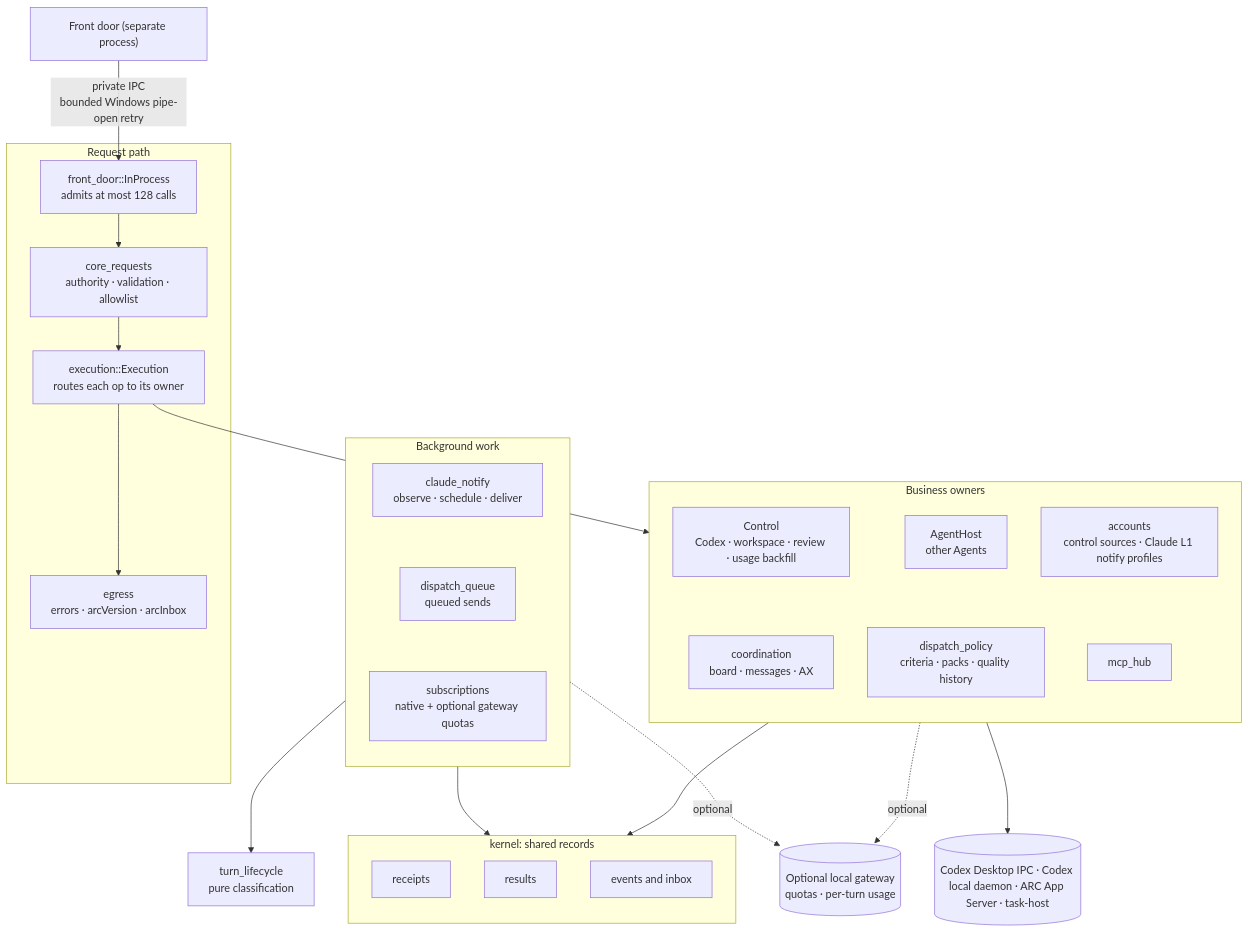
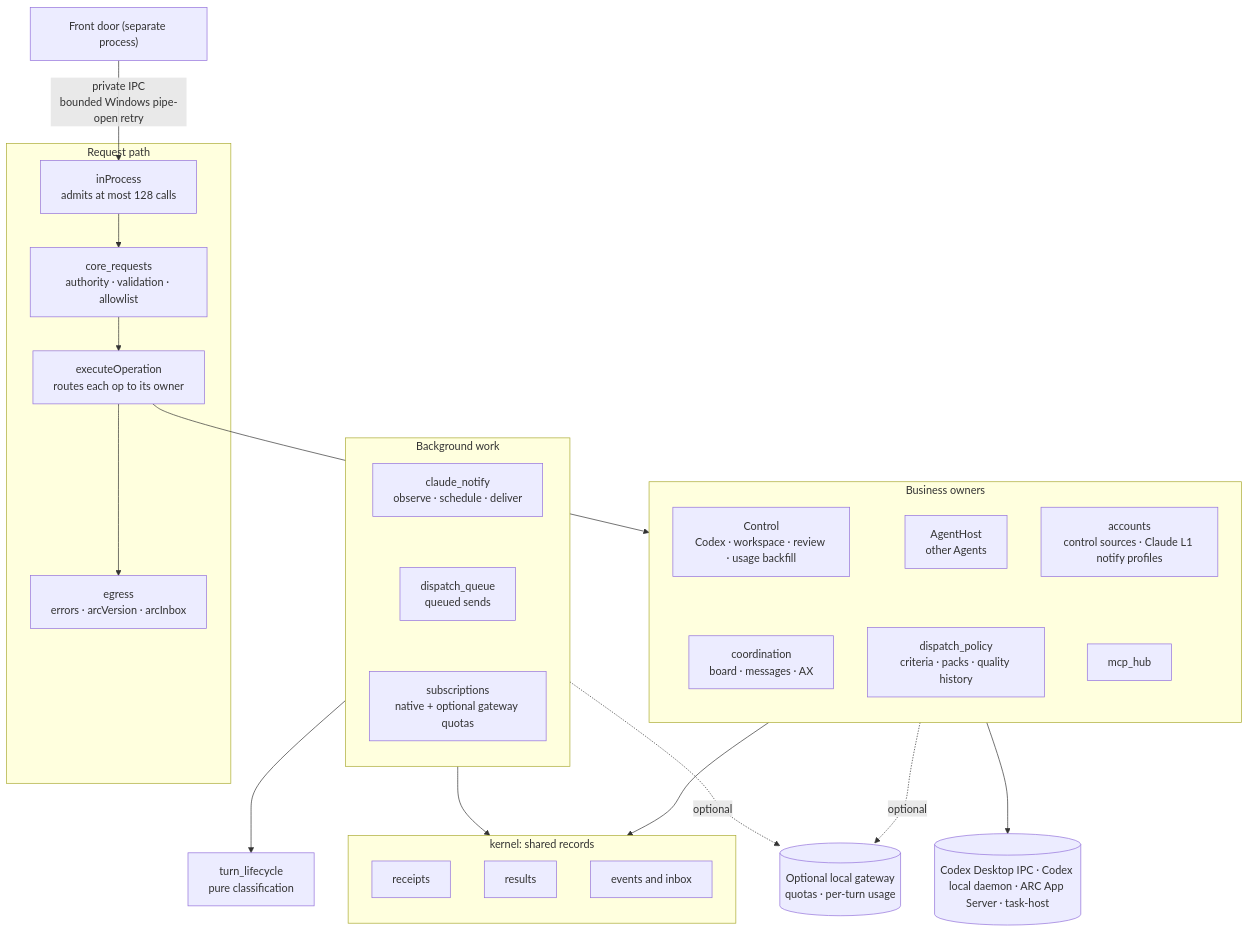
One commit to whzxc/agent-remote-control changed the diagram in arch/components/core.mmd. Above: the diagram before and after it, drawn with Mermaid. The commit also changed 348 other files, not shown here.

```diff
--- a/arch/components/core.mmd
+++ b/arch/components/core.mmd
@@ -1,51 +1,51 @@
 %% Core internals (layer 1): request path, business owners, background work and shared records.
 %% Index and code mapping: docs/dev/arch-assets.md
 flowchart TB
   fdq["Front door (separate process)"]
   subgraph PATH["Request path"]
-    inproc["front_door::InProcess<br/>admits at most 128 calls"]
+    inproc["inProcess<br/>admits at most 128 calls"]
     admit["core_requests<br/>authority · validation · allowlist"]
-    exec["execution::Execution<br/>routes each op to its owner"]
+    exec["executeOperation<br/>routes each op to its owner"]
     egress["egress<br/>errors · arcVersion · arcInbox"]
     inproc --> admit
     admit --> exec
     exec --> egress
   end
   subgraph OWNERS["Business owners"]
     direction TB
     control["Control<br/>Codex · workspace · review · usage backfill"]
     agenthost["AgentHost<br/>other Agents"]
     accounts["accounts<br/>control sources · Claude L1 notify profiles"]
     coord["coordination<br/>board · messages · AX"]
     policy["dispatch_policy<br/>criteria · packs · quality history"]
     hub["mcp_hub"]
     control ~~~ coord
     agenthost ~~~ policy
     accounts ~~~ hub
   end
   subgraph BG["Background work"]
     direction TB
     notify["claude_notify<br/>observe · schedule · deliver"]
     queue["dispatch_queue<br/>queued sends"]
     subs["subscriptions<br/>native + optional gateway quotas"]
     notify ~~~ queue
     queue ~~~ subs
   end
   subgraph KERNEL["kernel: shared records"]
     direction TB
     receipts["receipts"]
     results["results"]
     events["events and inbox"]
   end
   lifecycle["turn_lifecycle<br/>pure classification"]
   ext[("Codex Desktop IPC · Codex local daemon · ARC App Server · task-host")]
   gw[("Optional local gateway<br/>quotas · per-turn usage")]
   fdq -->|"private IPC<br/>bounded Windows pipe-open retry"| inproc
   exec --> OWNERS
   OWNERS --> KERNEL
   OWNERS --> ext
   OWNERS -.->|"optional"| gw
   BG -.->|"optional"| gw
   BG --> lifecycle
   BG --> KERNEL
   class hub experimental
```
